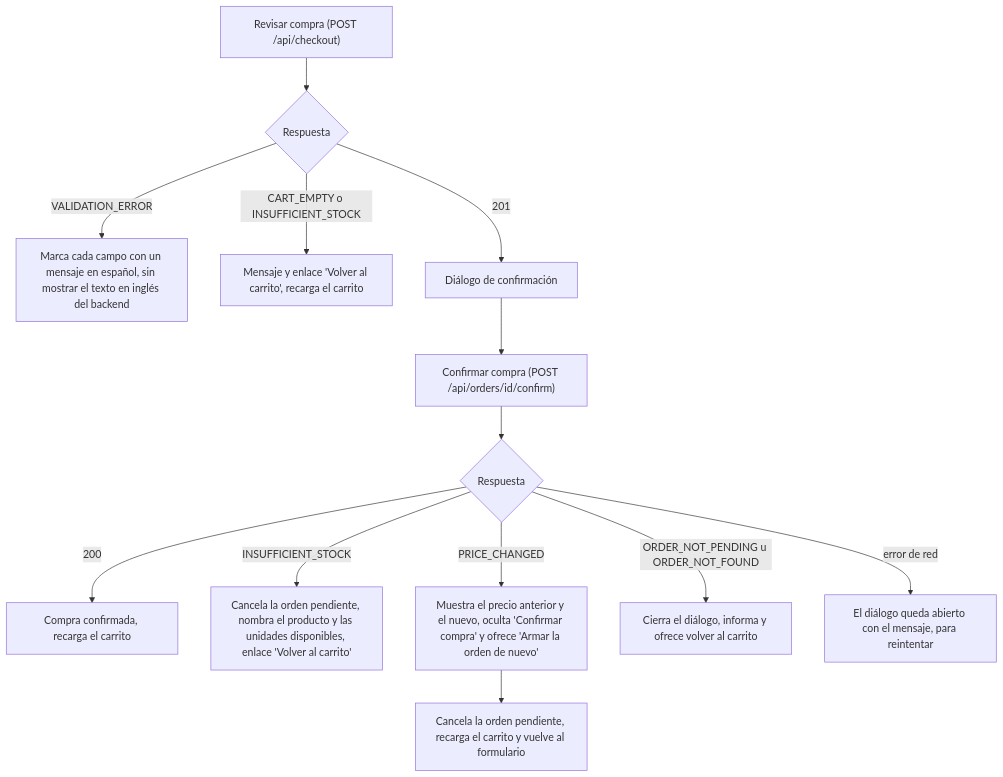
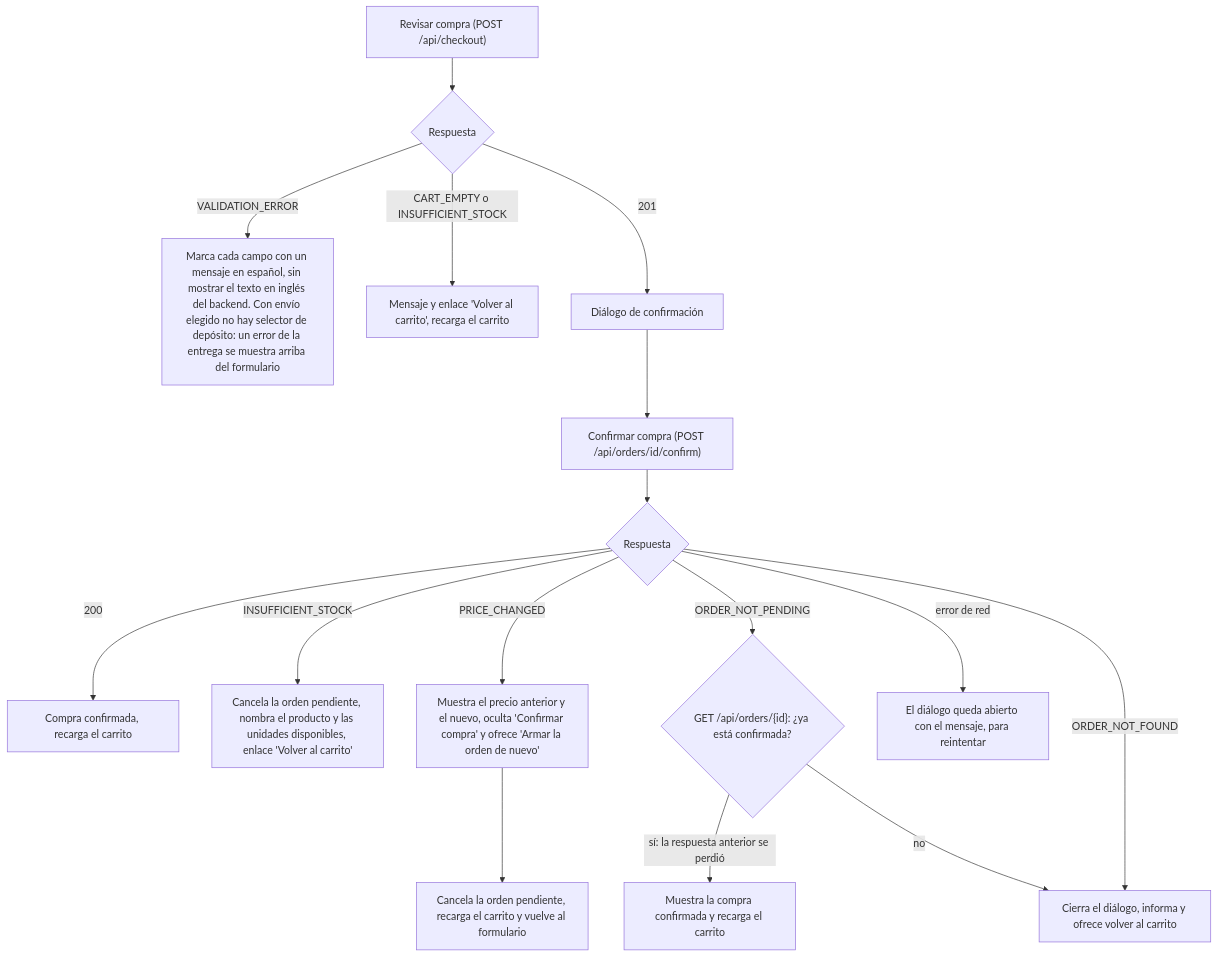
One commit to Saikus08/mercanova-ai-assistant changed the second of 2 diagrams in docs/diagrams/checkout-ui-flow.md. Above: the diagram before and after it, drawn with Mermaid. The commit also changed 1 other file, not shown here.

Commit message:
docs(diagrams): update the checkout and chat UI flows (#84)

````diff
--- a/docs/diagrams/checkout-ui-flow.md
+++ b/docs/diagrams/checkout-ui-flow.md
@@ -43,15 +43,18 @@
 ```mermaid
 flowchart TD
     A["Revisar compra (POST /api/checkout)"] --> B{"Respuesta"}
-    B -->|"VALIDATION_ERROR"| C["Marca cada campo con un mensaje en español, sin mostrar el texto en inglés del backend"]
+    B -->|"VALIDATION_ERROR"| C["Marca cada campo con un mensaje en español, sin mostrar el texto en inglés del backend. Con envío elegido no hay selector de depósito: un error de la entrega se muestra arriba del formulario"]
     B -->|"CART_EMPTY o INSUFFICIENT_STOCK"| D["Mensaje y enlace 'Volver al carrito', recarga el carrito"]
     B -->|"201"| E["Diálogo de confirmación"]
     E --> F["Confirmar compra (POST /api/orders/id/confirm)"]
     F --> G{"Respuesta"}
     G -->|"200"| H["Compra confirmada, recarga el carrito"]
     G -->|"INSUFFICIENT_STOCK"| I["Cancela la orden pendiente, nombra el producto y las unidades disponibles, enlace 'Volver al carrito'"]
     G -->|"PRICE_CHANGED"| J["Muestra el precio anterior y el nuevo, oculta 'Confirmar compra' y ofrece 'Armar la orden de nuevo'"]
-    G -->|"ORDER_NOT_PENDING u ORDER_NOT_FOUND"| K["Cierra el diálogo, informa y ofrece volver al carrito"]
+    G -->|"ORDER_NOT_PENDING"| N{"GET /api/orders/{id}: ¿ya está confirmada?"}
+    N -->|"sí: la respuesta anterior se perdió"| O["Muestra la compra confirmada y recarga el carrito"]
+    N -->|"no"| K
+    G -->|"ORDER_NOT_FOUND"| K["Cierra el diálogo, informa y ofrece volver al carrito"]
     G -->|"error de red"| L["El diálogo queda abierto con el mensaje, para reintentar"]
     J --> M["Cancela la orden pendiente, recarga el carrito y vuelve al formulario"]
 ```
````
